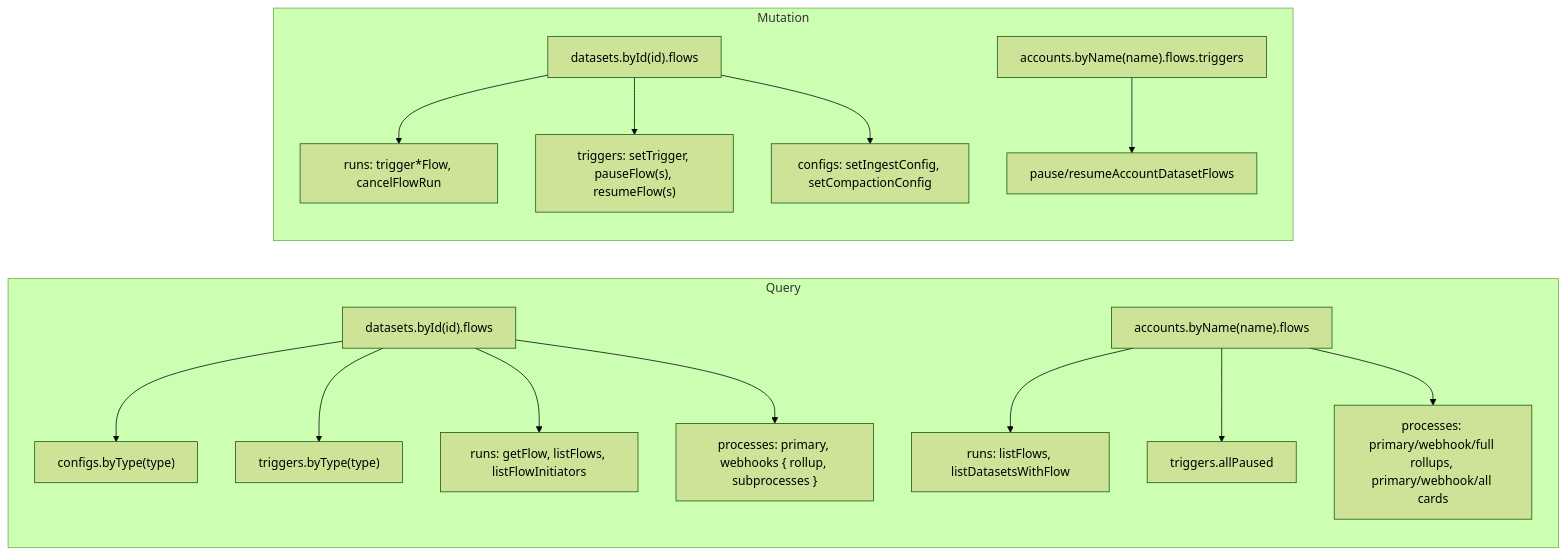
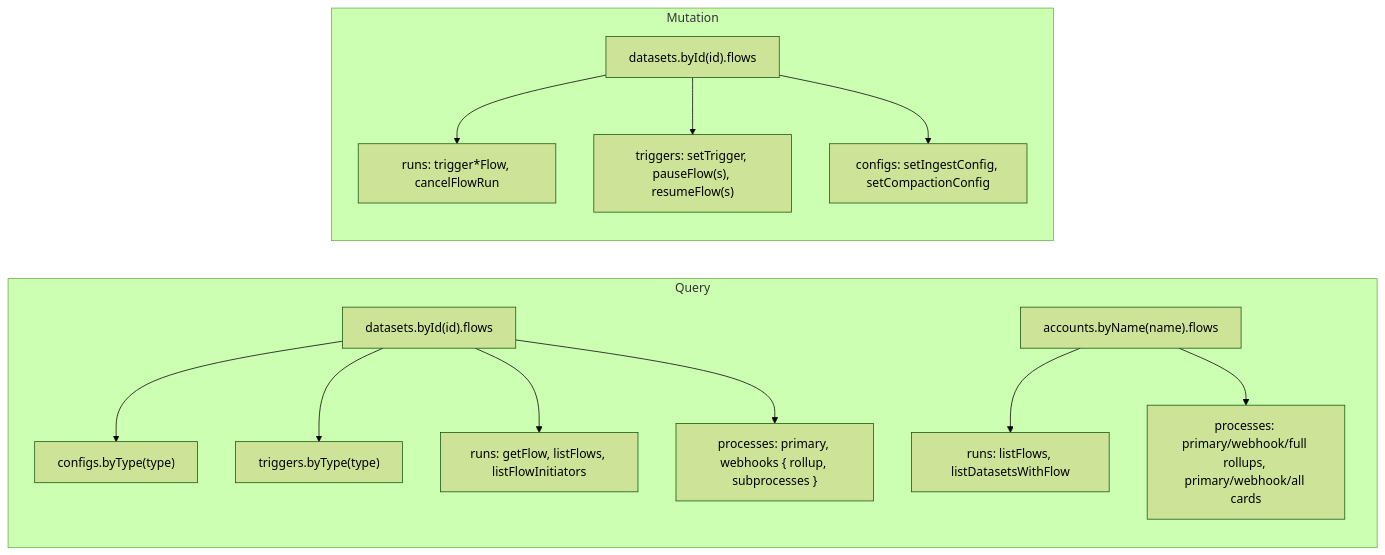
Before and after one commit to kamu-data/kamu-cli: the sixth of 6 diagrams in docs/internal/flow-system.md, drawn with Mermaid (forest theme). The commit also changed other lines of this file and 24 other files, not shown here.

Commit message:
GraphQL: remove account-level flow pause/resume API

````diff
--- a/docs/internal/flow-system.md
+++ b/docs/internal/flow-system.md
@@ -712,18 +712,16 @@
 ```mermaid
 flowchart LR
     subgraph Q["Query"]
         DS["datasets.byId(id).flows"] --> DCFG["configs.byType(type)"]
         DS --> DTRG["triggers.byType(type)"]
         DS --> DRUN["runs: getFlow, listFlows, listFlowInitiators"]
         DS --> DPROC["processes: primary, webhooks { rollup, subprocesses }"]
         AC["accounts.byName(name).flows"] --> ARUN["runs: listFlows, listDatasetsWithFlow"]
-        AC --> ATRG["triggers.allPaused"]
         AC --> APROC["processes: primary/webhook/full rollups, primary/webhook/all cards"]
     end
     subgraph M["Mutation"]
         DSM["datasets.byId(id).flows"] --> MRUN["runs: trigger*Flow, cancelFlowRun"]
         DSM --> MTRG["triggers: setTrigger, pauseFlow(s), resumeFlow(s)"]
         DSM --> MCFG["configs: setIngestConfig, setCompactionConfig"]
-        ACM["accounts.byName(name).flows.triggers"] --> MATRG["pause/resumeAccountDatasetFlows"]
     end
 ```
````
